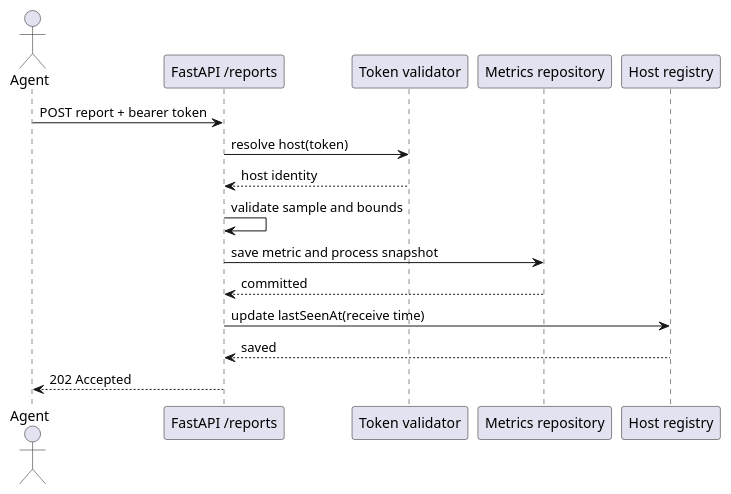
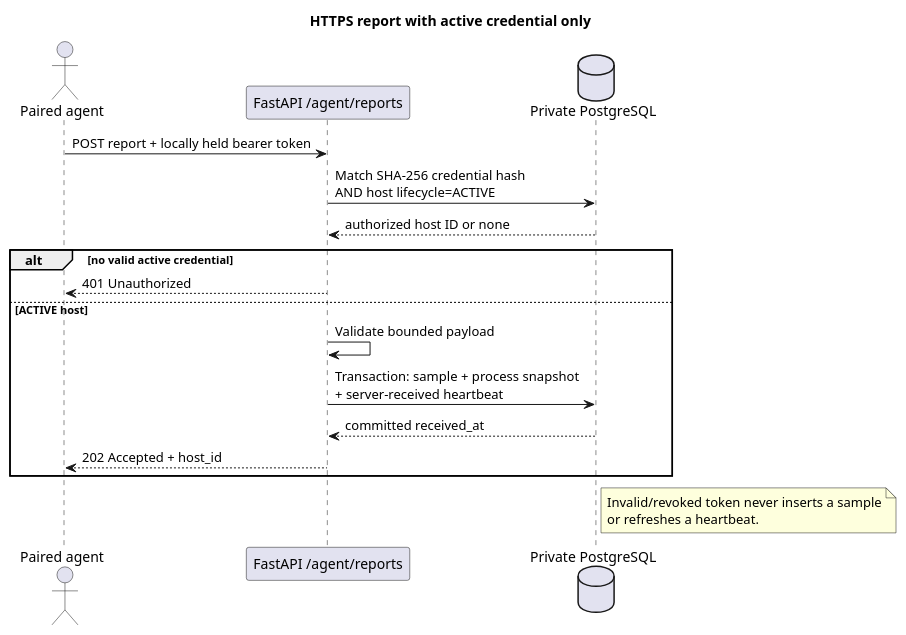
One commit to Adam-BArbia/fleetluma changed the diagram in docs/uml/plantuml/20_seq_agent_report.puml. Above: the diagram before and after it, drawn with PlantUML.

Commit message:
docs(FL-31): align 20_seq_agent_report.puml with pairing v0.1

```diff
--- a/docs/uml/plantuml/20_seq_agent_report.puml
+++ b/docs/uml/plantuml/20_seq_agent_report.puml
@@ -1,16 +1,21 @@
 @startuml 20_seq_agent_report
-actor "Agent" as Agent
-participant "FastAPI /reports" as API
-participant "Token validator" as Auth
-participant "Metrics repository" as DB
-participant "Host registry" as Host
-Agent -> API : POST report + bearer token
-API -> Auth : resolve host(token)
-Auth --> API : host identity
-API -> API : validate sample and bounds
-API -> DB : save metric and process snapshot
-DB --> API : committed
-API -> Host : update lastSeenAt(receive time)
-Host --> API : saved
-API --> Agent : 202 Accepted
+title HTTPS report with active credential only
+actor "Paired agent" as Agent
+participant "FastAPI /agent/reports" as API
+database "Private PostgreSQL" as DB
+Agent -> API : POST report + locally held bearer token
+API -> DB : Match SHA-256 credential hash\nAND host lifecycle=ACTIVE
+DB --> API : authorized host ID or none
+alt no valid active credential
+ API --> Agent : 401 Unauthorized
+else ACTIVE host
+ API -> API : Validate bounded payload
+ API -> DB : Transaction: sample + process snapshot\n+ server-received heartbeat
+ DB --> API : committed received_at
+ API --> Agent : 202 Accepted + host_id
+end
+note right of DB
+ Invalid/revoked token never inserts a sample
+ or refreshes a heartbeat.
+end note
 @enduml
```
